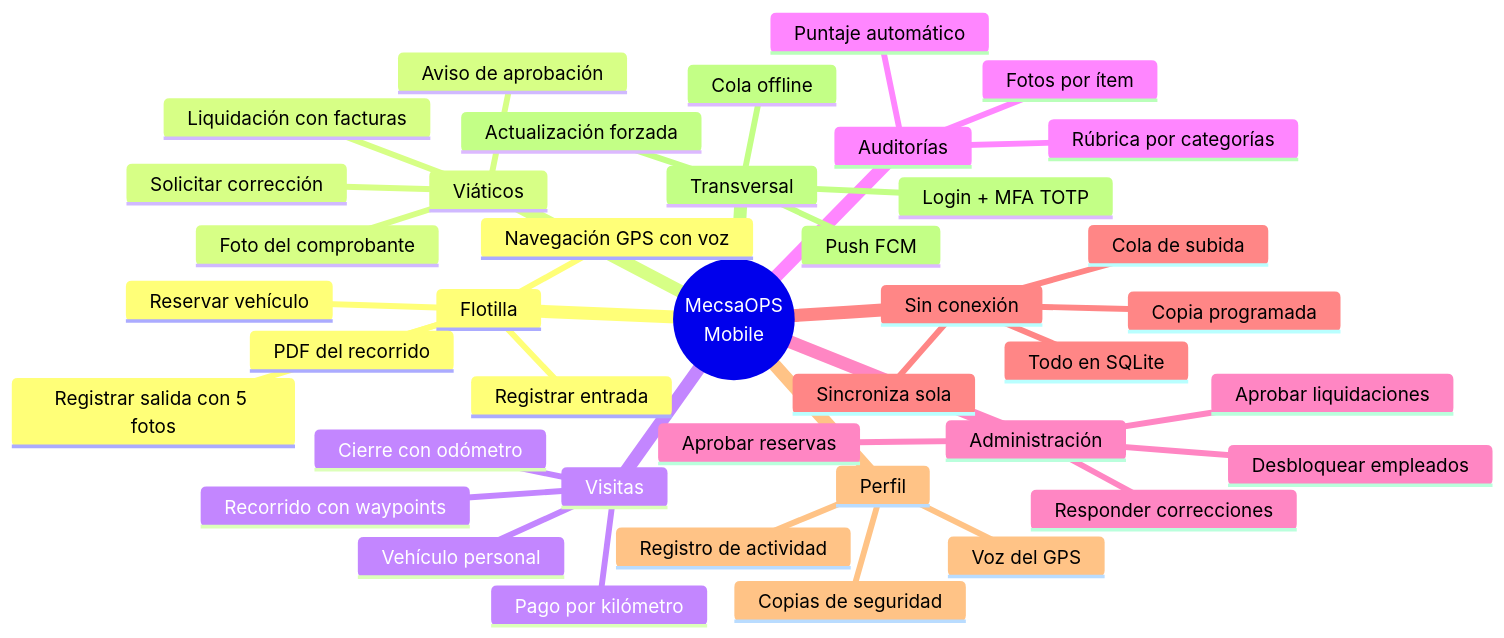
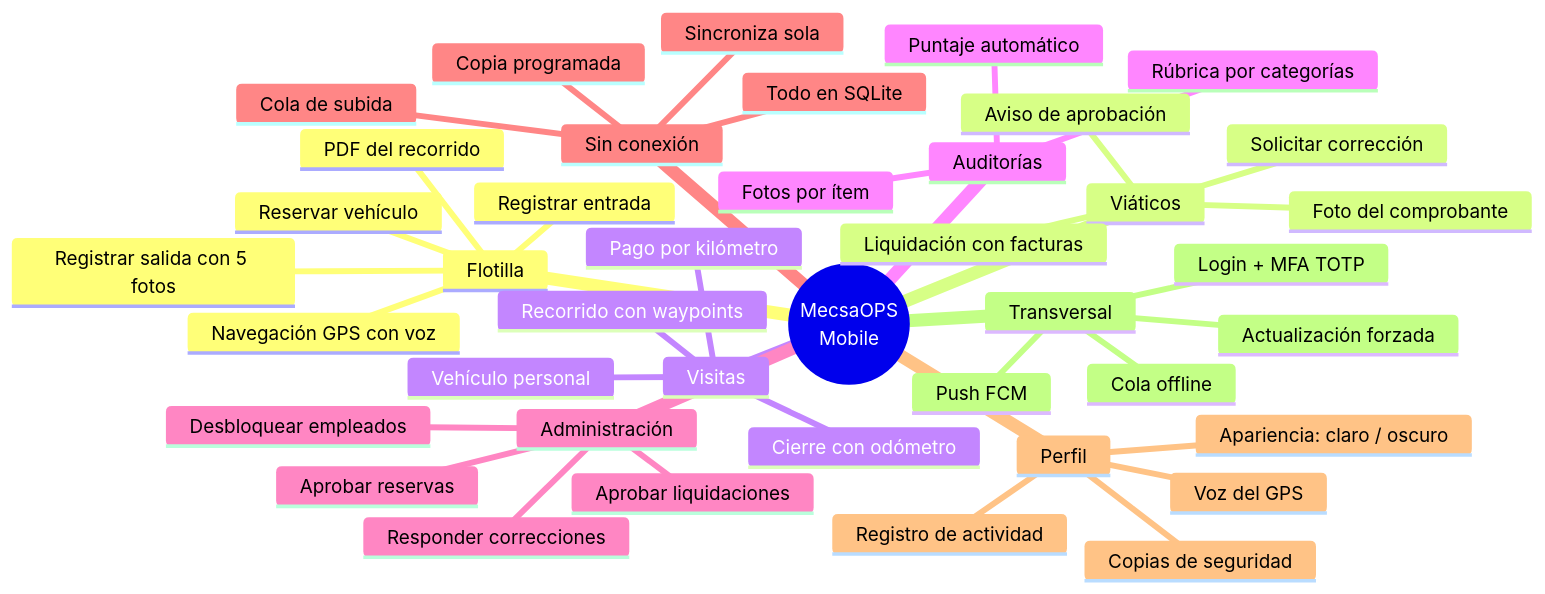
Before and after one commit to emmanueljarquin-sys/mecsa_ops_mobile: the first of 7 diagrams in README.md, drawn with Mermaid. The commit also changed other lines of this file and 35 other files, not shown here.

````diff
--- a/README.md
+++ b/README.md
@@ -62,43 +62,44 @@
 ```mermaid
 mindmap
   root((MecsaOPS<br/>Mobile))
     Flotilla
       Reservar vehículo
       Registrar salida con 5 fotos
       Navegación GPS con voz
       Registrar entrada
       PDF del recorrido
     Viáticos
       Liquidación con facturas
       Foto del comprobante
       Solicitar corrección
       Aviso de aprobación
     Visitas
       Vehículo personal
       Recorrido con waypoints
       Cierre con odómetro
       Pago por kilómetro
     Auditorías
       Rúbrica por categorías
       Puntaje automático
       Fotos por ítem
     Administración
       Aprobar liquidaciones
       Aprobar reservas
       Responder correcciones
       Desbloquear empleados
     Sin conexión
       Todo en SQLite
       Cola de subida
       Sincroniza sola
       Copia programada
     Perfil
+      Apariencia: claro / oscuro
       Copias de seguridad
       Registro de actividad
       Voz del GPS
     Transversal
       Login + MFA TOTP
       Push FCM
       Cola offline
       Actualización forzada
 ```
````
